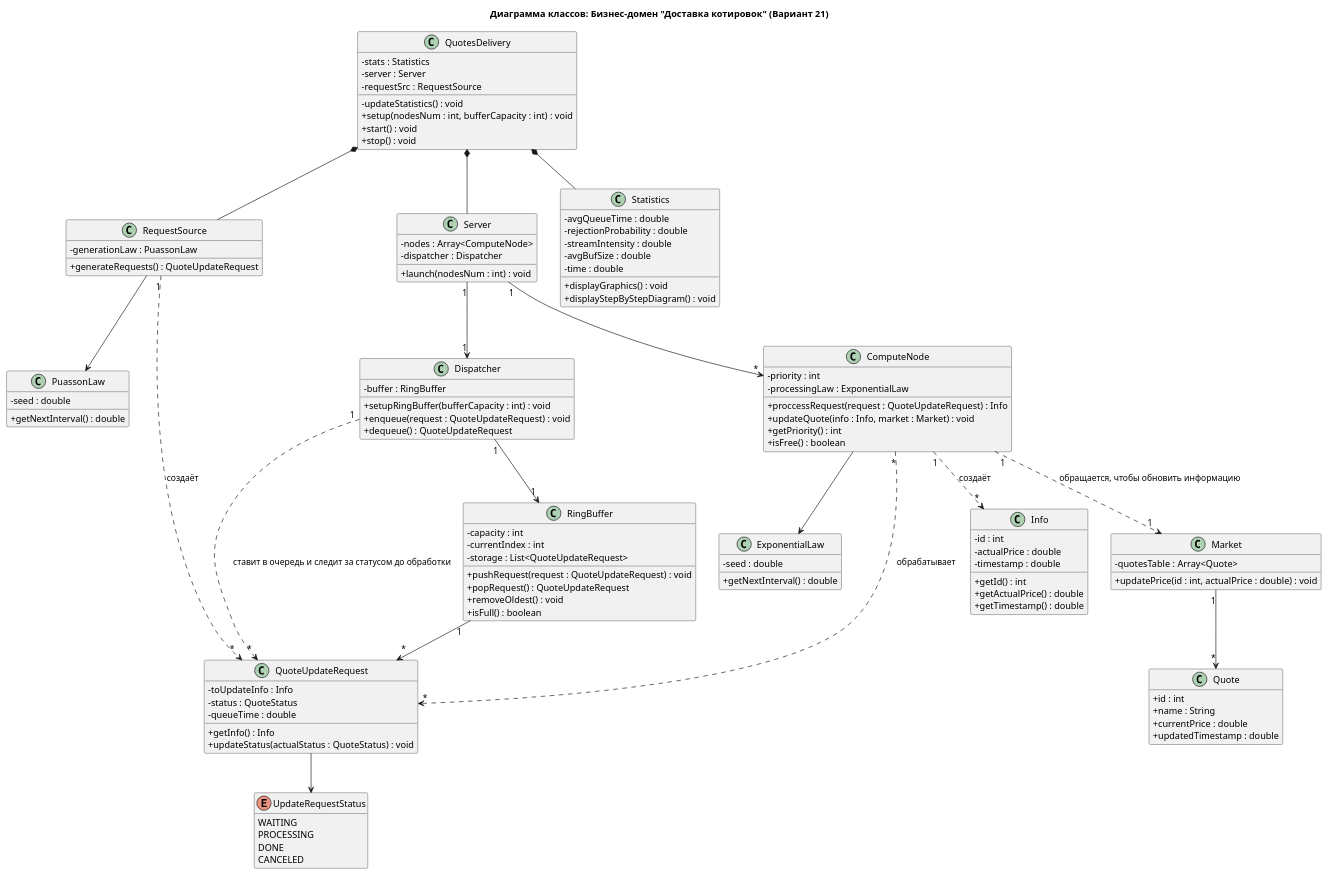
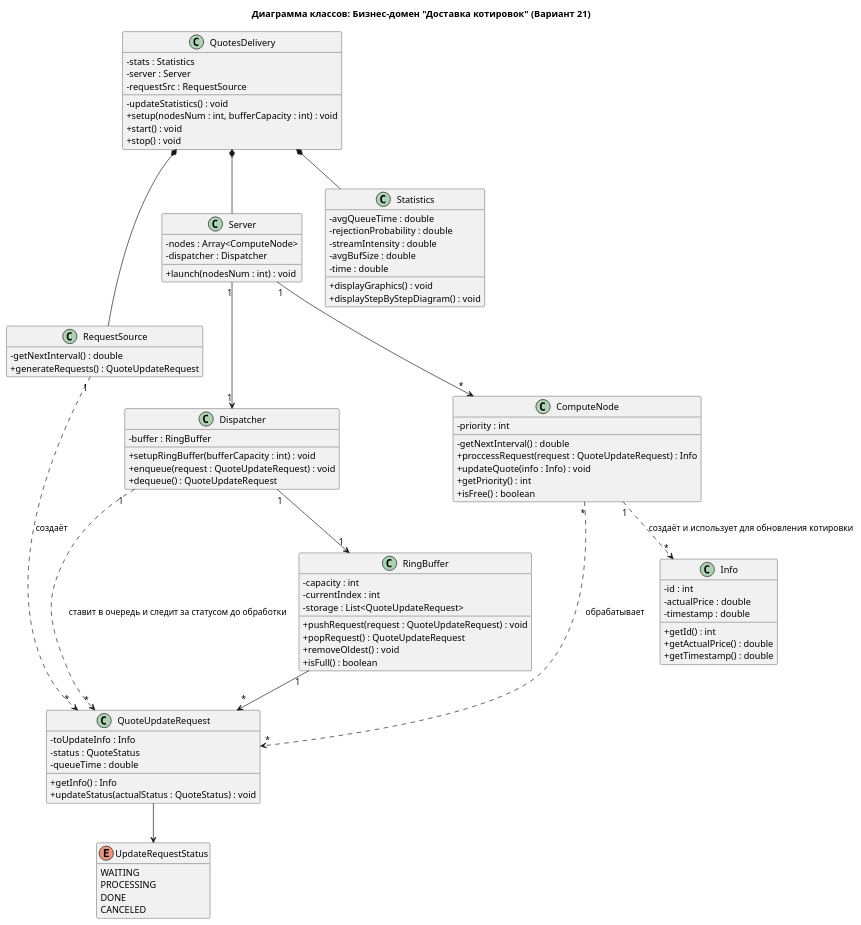
The diagram in docs/class_model.puml (Nekich06/aps), drawn with PlantUML before and after one commit. The commit also changed 5 other files, not shown here.

Commit message:
fix: mocked Market and Puasson / Exponential laws logic

```diff
--- a/docs/class_model.puml
+++ b/docs/class_model.puml
@@ -1,132 +1,104 @@
 @startuml
 skinparam classAttributeIconSize 0
 
 title Диаграмма классов: Бизнес-домен "Доставка котировок" (Вариант 21)
 hide empty members
 
 enum UpdateRequestStatus {
   WAITING
   PROCESSING
   DONE
   CANCELED
 }
 
 class QuotesDelivery {
   - stats : Statistics
   - server : Server
   - requestSrc : RequestSource
   - updateStatistics() : void
   + setup(nodesNum : int, bufferCapacity : int) : void
   + start() : void
   + stop() : void
 }
 
 class RequestSource {
-  - generationLaw : PuassonLaw
+  - getNextInterval() : double
   + generateRequests() : QuoteUpdateRequest
-}
-
-class PuassonLaw {
-  - seed : double
-  + getNextInterval() : double
-}
-
-class ExponentialLaw {
-  - seed : double
-  + getNextInterval() : double
 }
 
 class QuoteUpdateRequest {
   - toUpdateInfo : Info
   - status : QuoteStatus
   - queueTime : double
   + getInfo() : Info
   + updateStatus(actualStatus : QuoteStatus) : void
 }
 
 class Info {
   - id : int
   - actualPrice : double
   - timestamp : double
   + getId() : int
   + getActualPrice() : double
   + getTimestamp() : double
 }
 
 class Dispatcher {
   - buffer : RingBuffer
   + setupRingBuffer(bufferCapacity : int) : void
   + enqueue(request : QuoteUpdateRequest) : void
   + dequeue() : QuoteUpdateRequest
 }
 
-class Quote {
-  + id : int
-  + name : String
-  + currentPrice : double
-  + updatedTimestamp : double
-}
-
 class Server {
   - nodes : Array<ComputeNode>
   - dispatcher : Dispatcher
   + launch(nodesNum : int) : void
 }
 
 class RingBuffer {
   - capacity : int
   - currentIndex : int
   - storage : List<QuoteUpdateRequest>
   + pushRequest(request : QuoteUpdateRequest) : void
   + popRequest() : QuoteUpdateRequest
   + removeOldest() : void
   + isFull() : boolean
 }
 
 class ComputeNode {
   - priority : int
-  - processingLaw : ExponentialLaw
+  - getNextInterval() : double
   + proccessRequest(request : QuoteUpdateRequest) : Info
-  + updateQuote(info : Info, market : Market) : void
+  + updateQuote(info : Info) : void
   + getPriority() : int
   + isFree() : boolean
-}
-
-class Market {
-  - quotesTable : Array<Quote>
-  + updatePrice(id : int, actualPrice : double) : void
 }
 
 class Statistics {
   - avgQueueTime : double
   - rejectionProbability : double
   - streamIntensity : double
   - avgBufSize : double
   - time : double
   + displayGraphics() : void
   + displayStepByStepDiagram() : void
 }
 
 QuotesDelivery *-- RequestSource
 QuotesDelivery *-- Statistics
 QuotesDelivery *-- Server
 
 Server "1" --> "1" Dispatcher
 Server "1" --> "*" ComputeNode
 Dispatcher "1" --> "1" RingBuffer
 RingBuffer "1" --> "*" QuoteUpdateRequest
 
-ComputeNode --> ExponentialLaw
-RequestSource --> PuassonLaw
-
 QuoteUpdateRequest --> UpdateRequestStatus
-
-Market "1" --> "*" Quote
 
 RequestSource "1" ..> "*" QuoteUpdateRequest : создаёт
 Dispatcher "1" ..> "*" QuoteUpdateRequest : ставит в очередь и следит за статусом до обработки
 ComputeNode "*" ..> "*" QuoteUpdateRequest : обрабатывает
-ComputeNode "1" ..> "*" Info : создаёт
-ComputeNode "1" ..> "1" Market : обращается, чтобы обновить информацию
+ComputeNode "1" ..> "*" Info : создаёт и использует для обновления котировки
 
 @enduml
```
